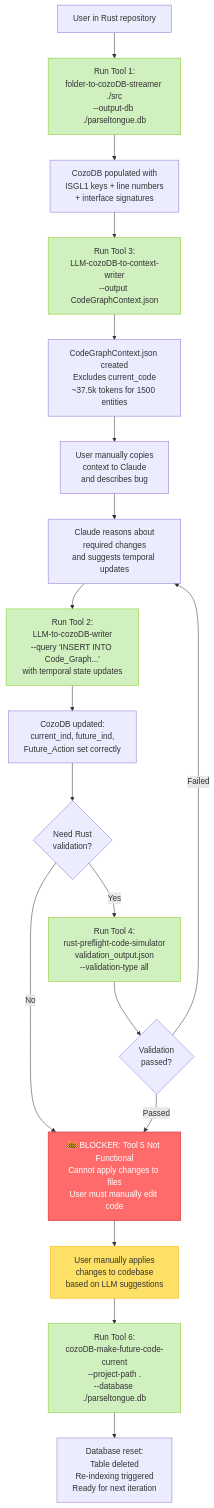
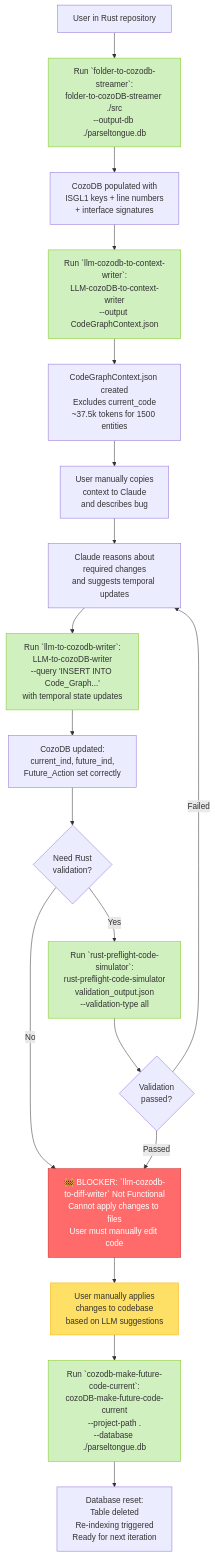
Before and after one commit to that-in-rust/parseltongue: the second of 2 diagrams in .prdArchDocs/P04PRDL4VisualJTBD.md, drawn with Mermaid. The commit also changed other lines of this file and 5 other files, not shown here.

````diff
--- a/.prdArchDocs/P04PRDL4VisualJTBD.md
+++ b/.prdArchDocs/P04PRDL4VisualJTBD.md
@@ -159,45 +155,45 @@
 ```mermaid
 flowchart TD
-    Start[User in Rust repository] --> Step1[Run Tool 1:<br/>folder-to-cozoDB-streamer ./src<br/>--output-db ./parseltongue.db]
+    Start[User in Rust repository] --> Step1[Run `folder-to-cozodb-streamer`:<br/>folder-to-cozoDB-streamer ./src<br/>--output-db ./parseltongue.db]
 
     Step1 --> IndexResult[CozoDB populated with<br/>ISGL1 keys + line numbers<br/>+ interface signatures]
 
-    IndexResult --> Step2[Run Tool 3:<br/>LLM-cozoDB-to-context-writer<br/>--output CodeGraphContext.json]
+    IndexResult --> Step2[Run `llm-cozodb-to-context-writer`:<br/>LLM-cozoDB-to-context-writer<br/>--output CodeGraphContext.json]
 
     Step2 --> ContextReady[CodeGraphContext.json created<br/>Excludes current_code<br/>~37.5k tokens for 1500 entities]
 
     ContextReady --> ManualLLM[User manually copies<br/>context to Claude<br/>and describes bug]
 
     ManualLLM --> LLMReasoning[Claude reasons about<br/>required changes<br/>and suggests temporal updates]
 
-    LLMReasoning --> Step3[Run Tool 2:<br/>LLM-to-cozoDB-writer<br/>--query 'INSERT INTO Code_Graph...'<br/>with temporal state updates]
+    LLMReasoning --> Step3[Run `llm-to-cozodb-writer`:<br/>LLM-to-cozoDB-writer<br/>--query 'INSERT INTO Code_Graph...'<br/>with temporal state updates]
 
     Step3 --> TemporalUpdated[CozoDB updated:<br/>current_ind, future_ind,<br/>Future_Action set correctly]
 
     TemporalUpdated --> Step4Optional{Need Rust<br/>validation?}
 
-    Step4Optional --> |Yes| Step4[Run Tool 4:<br/>rust-preflight-code-simulator<br/>validation_output.json<br/>--validation-type all]
+    Step4Optional --> |Yes| Step4[Run `rust-preflight-code-simulator`:<br/>rust-preflight-code-simulator<br/>validation_output.json<br/>--validation-type all]
 
     Step4Optional --> |No| Blocker
 
     Step4 --> ValidationResult{Validation<br/>passed?}
 
     ValidationResult --> |Failed| LLMReasoning
     ValidationResult --> |Passed| Blocker
 
-    Blocker[🚧 BLOCKER: Tool 5 Not Functional<br/>Cannot apply changes to files<br/>User must manually edit code]
+    Blocker[🚧 BLOCKER: `llm-cozodb-to-diff-writer` Not Functional<br/>Cannot apply changes to files<br/>User must manually edit code]
 
     Blocker --> ManualEdit[User manually applies<br/>changes to codebase<br/>based on LLM suggestions]
 
-    ManualEdit --> Step6[Run Tool 6:<br/>cozoDB-make-future-code-current<br/>--project-path .<br/>--database ./parseltongue.db]
+    ManualEdit --> Step6[Run `cozodb-make-future-code-current`:<br/>cozoDB-make-future-code-current<br/>--project-path .<br/>--database ./parseltongue.db]
 
     Step6 --> Reset[Database reset:<br/>Table deleted<br/>Re-indexing triggered<br/>Ready for next iteration]
 
     style Blocker fill:#ff6b6b,stroke:#c92a2a,color:#fff
     style Step1 fill:#d0f0c0,stroke:#82c91e
     style Step2 fill:#d0f0c0,stroke:#82c91e
     style Step3 fill:#d0f0c0,stroke:#82c91e
     style Step4 fill:#d0f0c0,stroke:#82c91e
     style Step6 fill:#d0f0c0,stroke:#82c91e
     style ManualEdit fill:#ffe066,stroke:#fab005
 ```
````
